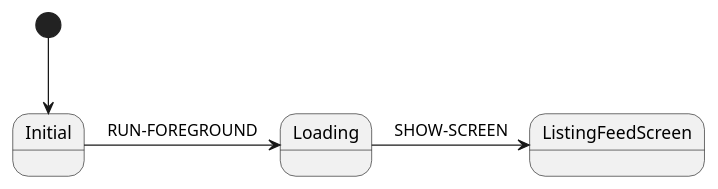
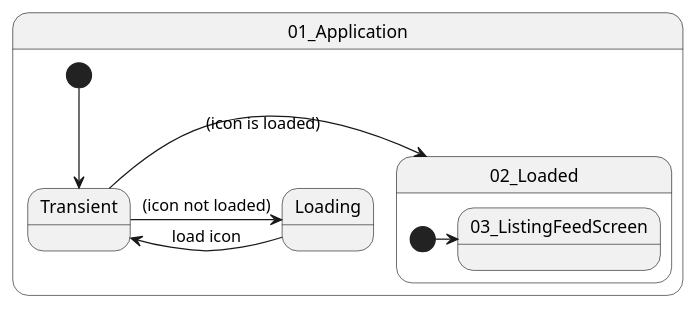
The diagram in FunanMobile/doc/user-interface.puml (darongmean/learn-react-native), drawn with PlantUML before and after one commit. The commit also changed 1 other file, not shown here.

Commit message:
update state chart by applying design practice from the book

```diff
--- a/FunanMobile/doc/user-interface.puml
+++ b/FunanMobile/doc/user-interface.puml
@@ -1,9 +1,20 @@
 @startuml
 
 
-[*] --> Initial
-Initial -> Loading:RUN-FOREGROUND
-Loading -> ListingFeedScreen:SHOW-SCREEN
+state 01_Application {
+[*] --> Transient
+
+Transient -> 02_Loaded:(icon is loaded)
+Transient -> Loading:(icon not loaded)
+
+Loading -> Transient:load icon
+
+state 02_Loaded {
+[*] -> 03_ListingFeedScreen
+
+}
+
+}
 
 
 @enduml
```
